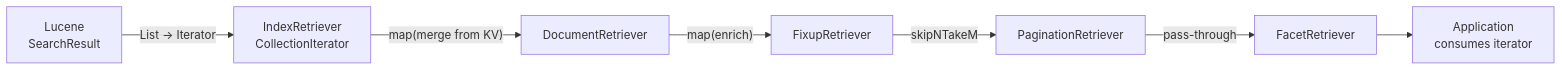
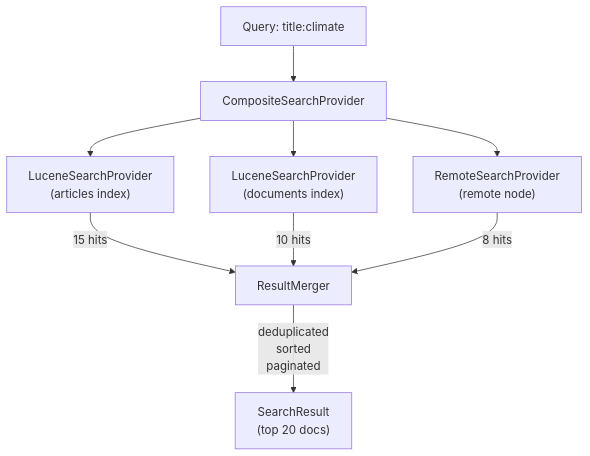
One commit to geekychris/hitorro-retrieval changed the third of 5 diagrams in README.md. Above: the diagram before and after it, drawn with Mermaid. The commit also changed other lines of this file and 39 other files, not shown here.

````diff
--- a/README.md
+++ b/README.md
@@ -211,9 +183,11 @@
 ```mermaid
-flowchart LR
-    Lucene["Lucene\nSearchResult"] -->|"List → Iterator"| IR["IndexRetriever\nCollectionIterator"]
-    IR -->|"map(merge from KV)"| DR["DocumentRetriever"]
-    DR -->|"map(enrich)"| FR["FixupRetriever"]
-    FR -->|"skipNTakeM"| PR["PaginationRetriever"]
-    PR -->|"pass-through"| FaR["FacetRetriever"]
-    FaR --> App["Application\nconsumes iterator"]
+flowchart TB
+    Q["Query: title:climate"] --> CSP["CompositeSearchProvider"]
+    CSP --> P1["LuceneSearchProvider\n(articles index)"]
+    CSP --> P2["LuceneSearchProvider\n(documents index)"]
+    CSP --> P3["RemoteSearchProvider\n(remote node)"]
+    P1 -->|"15 hits"| Merge["ResultMerger"]
+    P2 -->|"10 hits"| Merge
+    P3 -->|"8 hits"| Merge
+    Merge -->|"deduplicated\nsorted\npaginated"| Result["SearchResult\n(top 20 docs)"]
 ```
````
